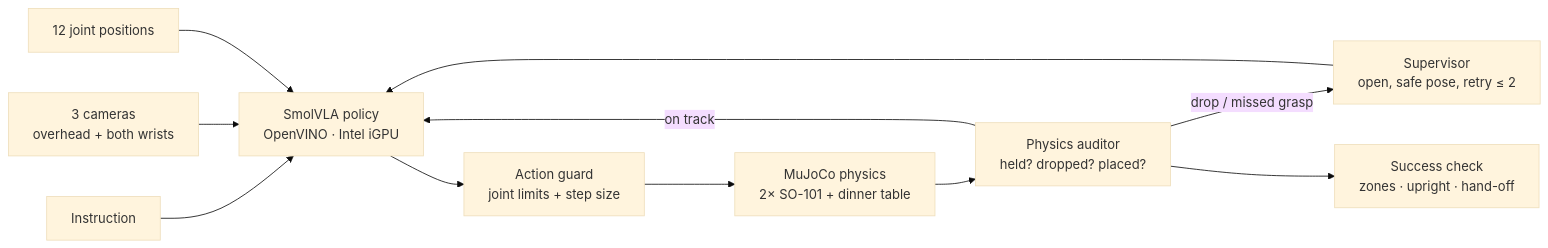
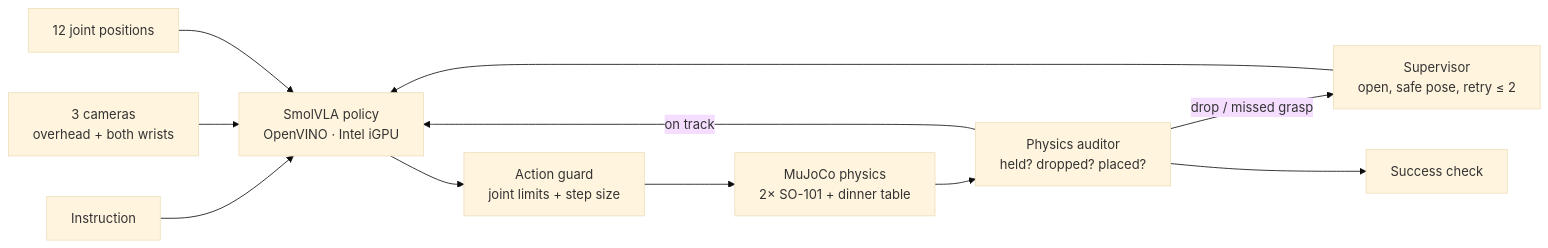
The diagram in README.md (Hamza-Atiq/rescuehandsAI), drawn with Mermaid (base theme) before and after one commit. The commit also changed other lines of this file and 120 other files, not shown here.

````diff
--- a/README.md
+++ b/README.md
@@ -37,13 +34,13 @@
 ```mermaid
 flowchart LR
   I["Instruction"] --> P
   C["3 cameras<br/>overhead + both wrists"] --> P
   S["12 joint positions"] --> P
   P["SmolVLA policy<br/>OpenVINO · Intel iGPU"] --> G["Action guard<br/>joint limits + step size"]
   G --> M["MuJoCo physics<br/>2× SO-101 + dinner table"]
   M --> A["Physics auditor<br/>held? dropped? placed?"]
   A -->|on track| P
   A -->|drop / missed grasp| R["Supervisor<br/>open, safe pose, retry ≤ 2"]
   R --> P
-  A --> E["Success check<br/>zones · upright · hand-off"]
+  A --> E["Success check"]
 ```
````
